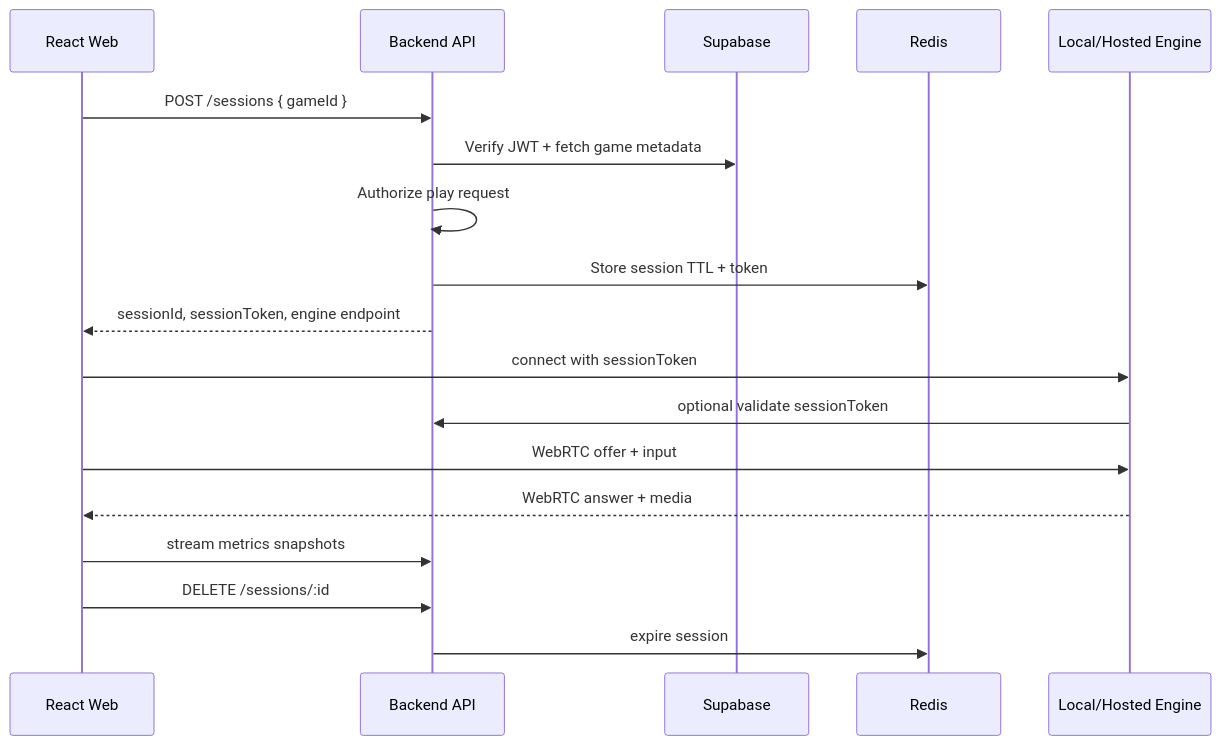
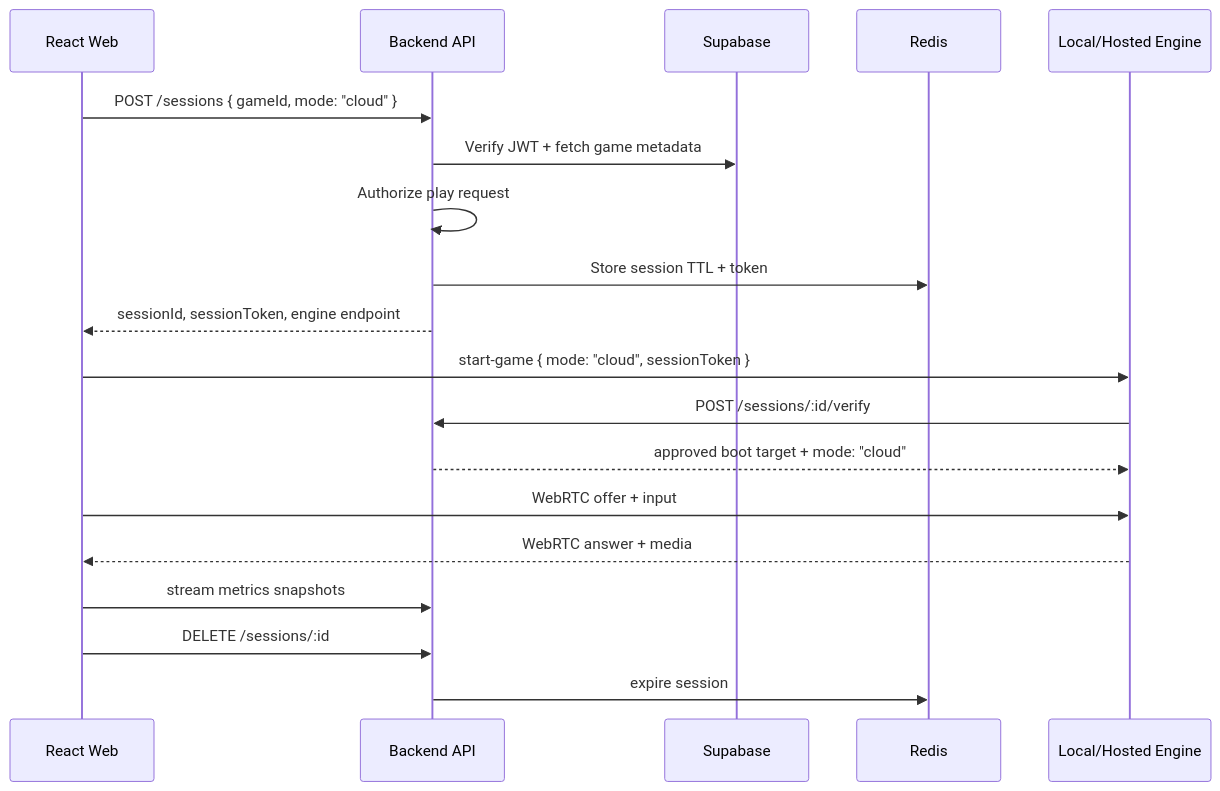
Before and after one commit to Nghi-creator/Pixelated-Studio-Edition: the first of 2 diagrams in .context/target-architecture-refurbishment.md, drawn with Mermaid. The commit also changed 9 other files, not shown here.

Commit message:
[feature] add session-token validation

````diff
--- a/.context/target-architecture-refurbishment.md
+++ b/.context/target-architecture-refurbishment.md
@@ -414,21 +414,22 @@
 ```mermaid
 sequenceDiagram
   participant Web as React Web
   participant API as Backend API
   participant SB as Supabase
   participant Redis as Redis
   participant Engine as Local/Hosted Engine
 
-  Web->>API: POST /sessions { gameId }
+  Web->>API: POST /sessions { gameId, mode: "cloud" }
   API->>SB: Verify JWT + fetch game metadata
   API->>API: Authorize play request
   API->>Redis: Store session TTL + token
   API-->>Web: sessionId, sessionToken, engine endpoint
-  Web->>Engine: connect with sessionToken
-  Engine->>API: optional validate sessionToken
+  Web->>Engine: start-game { mode: "cloud", sessionToken }
+  Engine->>API: POST /sessions/:id/verify
+  API-->>Engine: approved boot target + mode: "cloud"
   Web->>Engine: WebRTC offer + input
   Engine-->>Web: WebRTC answer + media
   Web->>API: stream metrics snapshots
   Web->>API: DELETE /sessions/:id
   API->>Redis: expire session
 ```
````
